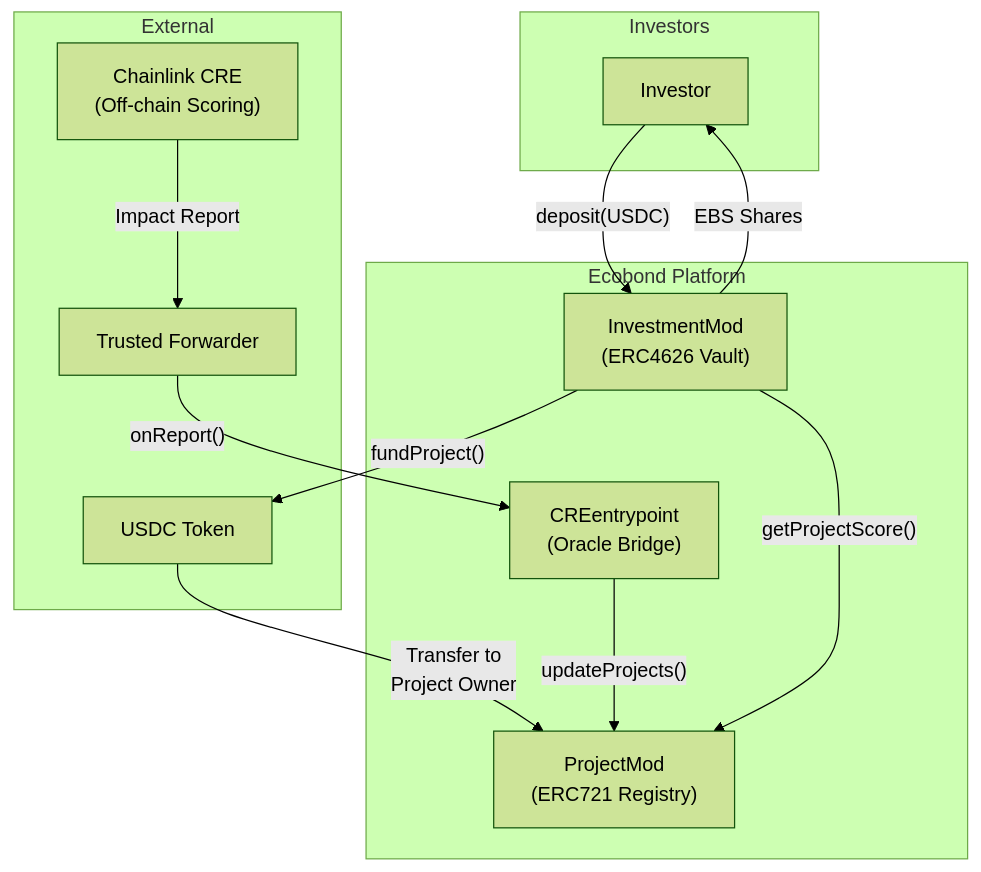
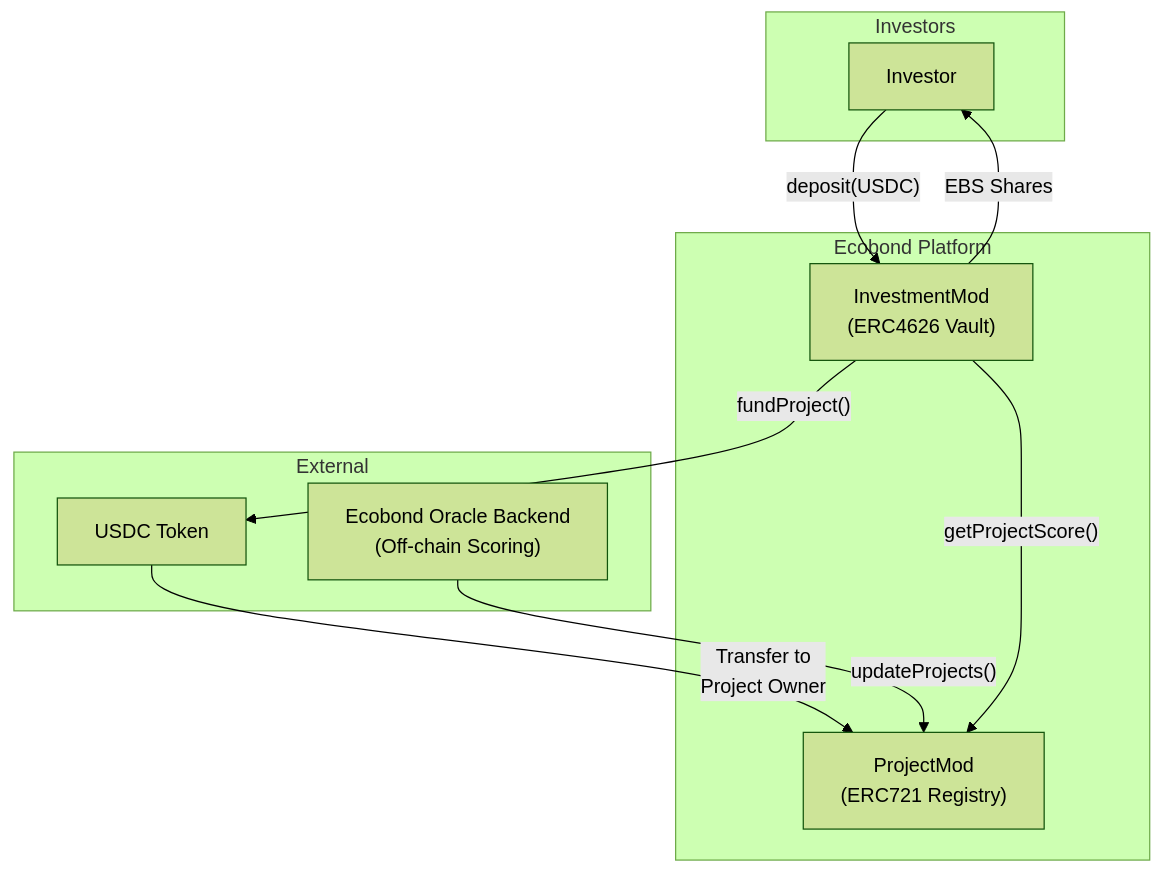
Before and after one commit to Ecobond/contracts-hedera: the first of 4 diagrams in README.md, drawn with Mermaid (forest theme). The commit also changed other lines of this file, not shown here.

````diff
--- a/README.md
+++ b/README.md
@@ -13,27 +13,23 @@
 ```mermaid
 graph TB
     subgraph Investors
         INV[Investor]
     end
 
     subgraph Ecobond Platform
         IM["InvestmentMod<br/>(ERC4626 Vault)"]
         PM["ProjectMod<br/>(ERC721 Registry)"]
-        CRE["CREentrypoint<br/>(Oracle Bridge)"]
     end
 
     subgraph External
         USDC["USDC Token"]
-        CL["Chainlink CRE<br/>(Off-chain Scoring)"]
-        FW["Trusted Forwarder"]
+        EO["Ecobond Oracle Backend<br/>(Off-chain Scoring)"]
     end
 
     INV -- "deposit(USDC)" --> IM
     IM -- "EBS Shares" --> INV
     IM -- "fundProject()" --> USDC
     USDC -- "Transfer to<br/>Project Owner" --> PM
     IM -- "getProjectScore()" --> PM
-    CL -- "Impact Report" --> FW
-    FW -- "onReport()" --> CRE
-    CRE -- "updateProjects()" --> PM
+    EO -- "updateProjects()" --> PM
 ```
````
